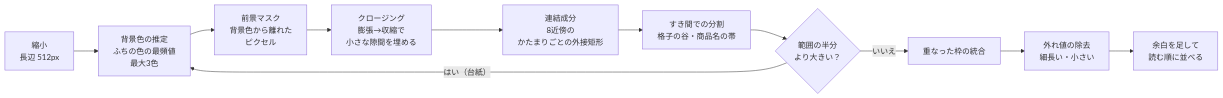
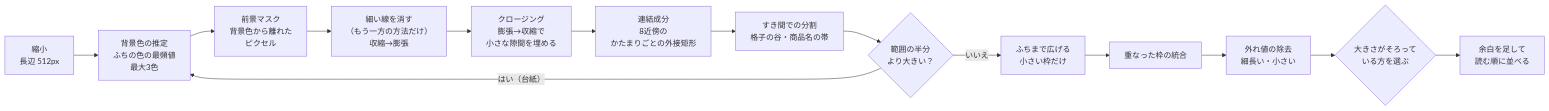
Before and after one commit to XiLyy/Random-Trade: the second of 2 diagrams in docs/03-mvp-design.md, drawn with Mermaid. The commit also changed other lines of this file and 6 other files, not shown here.

````diff
--- a/docs/03-mvp-design.md
+++ b/docs/03-mvp-design.md
@@ -117,13 +117,16 @@
 ```mermaid
 flowchart LR
   A["縮小<br>長辺 512px"] --> B["背景色の推定<br>ふちの色の最頻値<br>最大3色"]
   B --> C["前景マスク<br>背景色から離れた<br>ピクセル"]
-  C --> D["クロージング<br>膨張→収縮で<br>小さな隙間を埋める"]
+  C --> O["細い線を消す<br>（もう一方の方法だけ）<br>収縮→膨張"]
+  O --> D["クロージング<br>膨張→収縮で<br>小さな隙間を埋める"]
   D --> E["連結成分<br>8近傍の<br>かたまりごとの外接矩形"]
   E --> S["すき間での分割<br>格子の谷・商品名の帯"]
   S --> F{"範囲の半分<br>より大きい？"}
   F -- "はい（台紙）" --> B
-  F -- "いいえ" --> G["重なった枠の統合"]
+  F -- "いいえ" --> R["ふちまで広げる<br>小さい枠だけ"]
+  R --> G["重なった枠の統合"]
   G --> H["外れ値の除去<br>細長い・小さい"]
-  H --> I["余白を足して<br>読む順に並べる"]
+  H --> P{"大きさがそろって<br>いる方を選ぶ"}
+  P --> I["余白を足して<br>読む順に並べる"]
 ```
````
